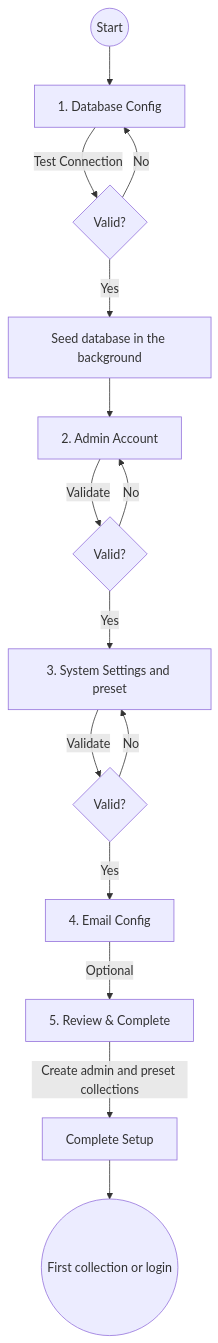
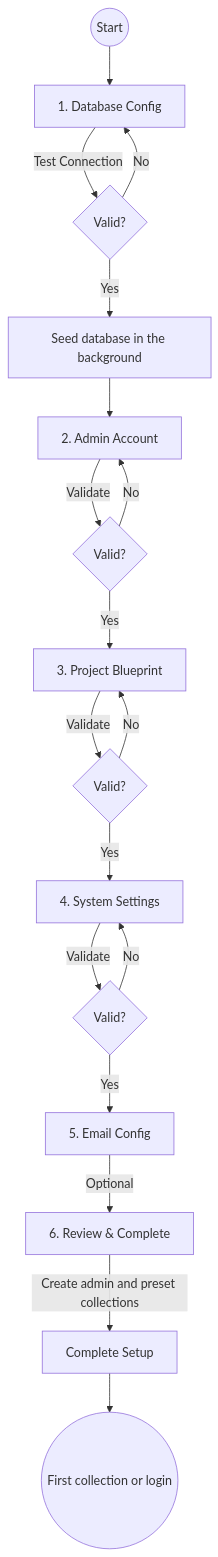
The diagram in docs/guides/configuration/setup-wizard.mdx (SveltyCMS/SveltyCMS), drawn with Mermaid before and after one commit. The commit also changed other lines of this file and 41 other files, not shown here.

````diff
--- a/docs/guides/configuration/setup-wizard.mdx
+++ b/docs/guides/configuration/setup-wizard.mdx
@@ -59,17 +60,20 @@
 ```mermaid
 flowchart TD
     Start((Start)) --> DB[1. Database Config]
     DB --> |Test Connection| DBCheck{Valid?}
     DBCheck -->|No| DB
     DBCheck -->|Yes| Seed[Seed database in the background]
     Seed --> Admin[2. Admin Account]
     Admin --> |Validate| AdminCheck{Valid?}
     AdminCheck -->|No| Admin
-    AdminCheck -->|Yes| System[3. System Settings and preset]
+    AdminCheck -->|Yes| Project[3. Project Blueprint]
+    Project --> |Validate| ProjectCheck{Valid?}
+    ProjectCheck -->|No| Project
+    ProjectCheck -->|Yes| System[4. System Settings]
     System --> |Validate| SystemCheck{Valid?}
     SystemCheck -->|No| System
-    SystemCheck -->|Yes| Email[4. Email Config]
-    Email --> |Optional| Review[5. Review & Complete]
+    SystemCheck -->|Yes| Email[5. Email Config]
+    Email --> |Optional| Review[6. Review & Complete]
     Review --> |Create admin and preset collections| Complete[Complete Setup]
     Complete --> Redirect((First collection or login))
 ```
````
